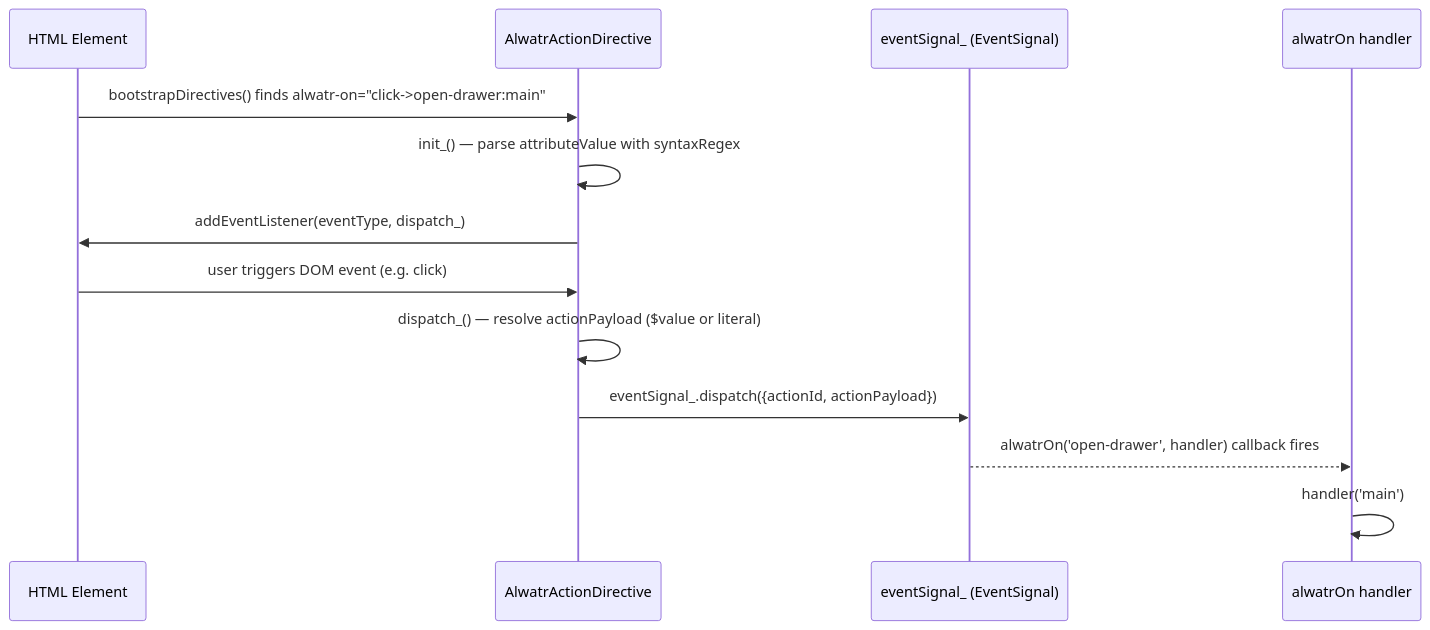
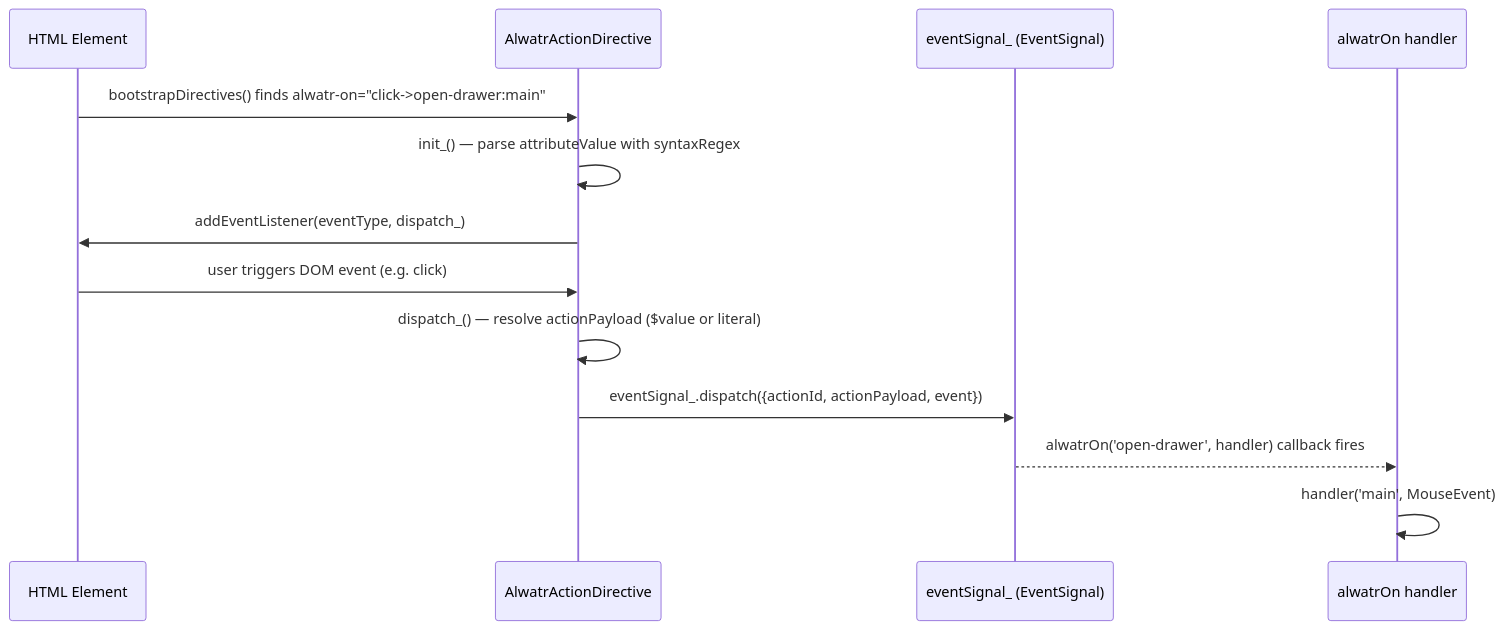
Before and after one commit to Alwatr/alwatr: the first of 2 diagrams in .kiro/specs/alwatr-on/design.md, drawn with Mermaid. The commit also changed other lines of this file and 5 other files, not shown here.

````diff
--- a/.kiro/specs/alwatr-on/design.md
+++ b/.kiro/specs/alwatr-on/design.md
@@ -11,16 +11,16 @@
 ```mermaid
 sequenceDiagram
     participant HTML as HTML Element
     participant Dir as AlwatrActionDirective
     participant Sig as eventSignal_ (EventSignal)
     participant App as alwatrOn handler
 
     HTML->>Dir: bootstrapDirectives() finds alwatr-on="click->open-drawer:main"
     Dir->>Dir: init_() — parse attributeValue with syntaxRegex
     Dir->>HTML: addEventListener(eventType, dispatch_)
     HTML->>Dir: user triggers DOM event (e.g. click)
     Dir->>Dir: dispatch_() — resolve actionPayload ($value or literal)
-    Dir->>Sig: eventSignal_.dispatch({actionId, actionPayload})
+    Dir->>Sig: eventSignal_.dispatch({actionId, actionPayload, event})
     Sig-->>App: alwatrOn('open-drawer', handler) callback fires
-    App->>App: handler('main')
+    App->>App: handler('main', MouseEvent)
 ```
````
